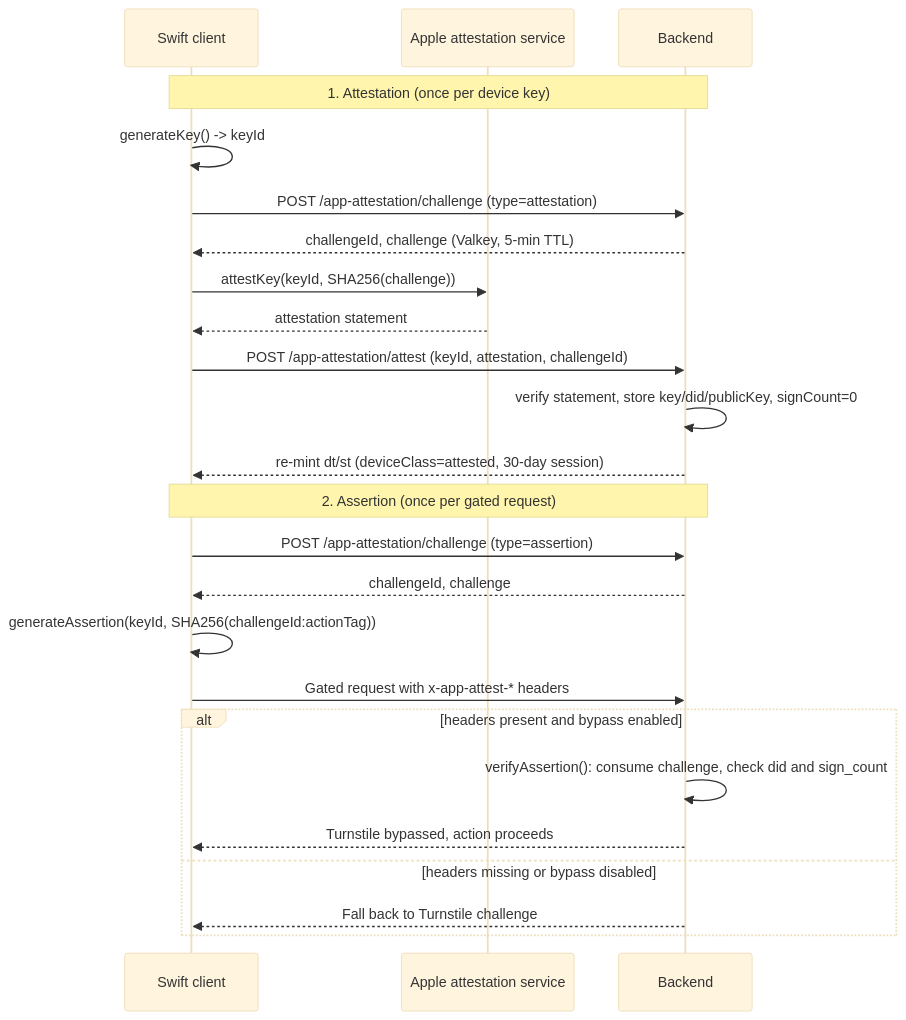
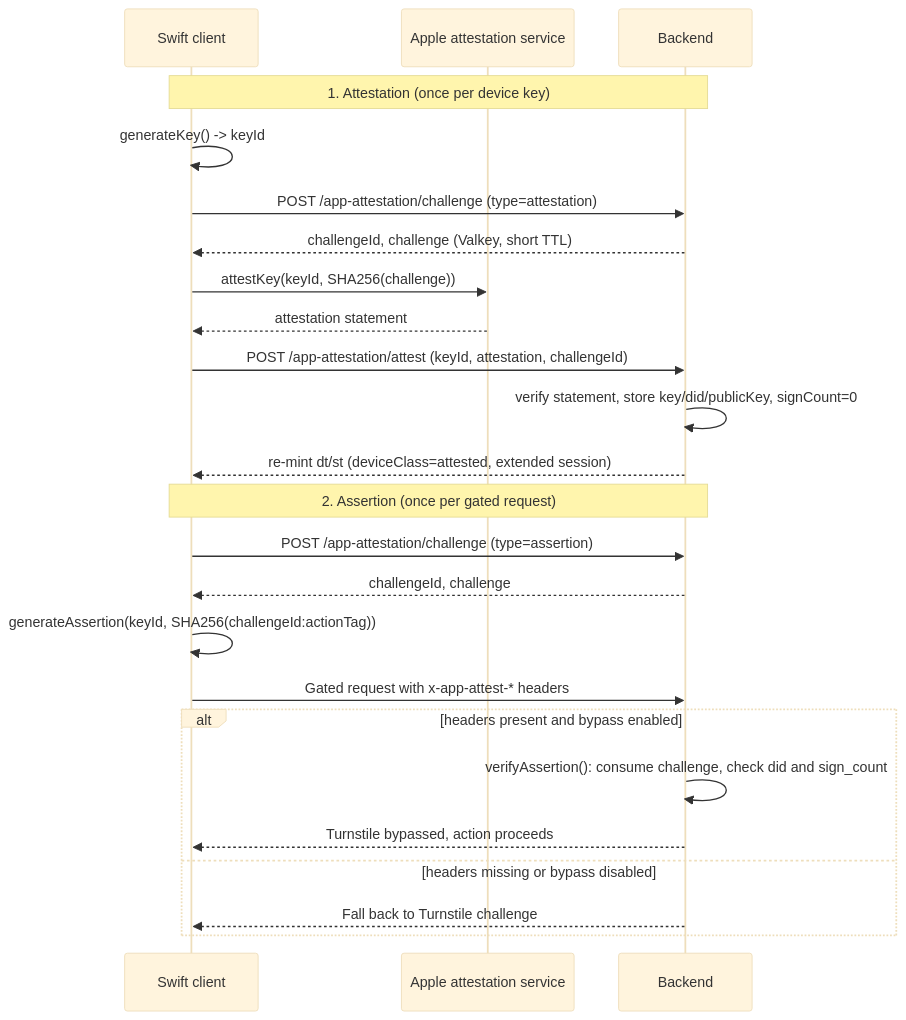
The diagram in docs/overview/architecture/reference-app-attestation-two-ceremonies.md (vouchington/vouchington), drawn with Mermaid (base theme) before and after one commit. The commit also changed other lines of this file and 1045 other files, not shown here.

First line of the commit message:
docs(overview): cut catalogs to why, impact and architecture maps

````diff
--- a/docs/overview/architecture/reference-app-attestation-two-ceremonies.md
+++ b/docs/overview/architecture/reference-app-attestation-two-ceremonies.md
@@ -11,28 +11,28 @@
 ```mermaid
 sequenceDiagram
   participant C as Swift client
   participant Ap as Apple attestation service
   participant B as Backend
 
   Note over C,B: 1. Attestation (once per device key)
   C->>C: generateKey() -> keyId
   C->>B: POST /app-attestation/challenge (type=attestation)
-  B-->>C: challengeId, challenge (Valkey, 5-min TTL)
+  B-->>C: challengeId, challenge (Valkey, short TTL)
   C->>Ap: attestKey(keyId, SHA256(challenge))
   Ap-->>C: attestation statement
   C->>B: POST /app-attestation/attest (keyId, attestation, challengeId)
   B->>B: verify statement, store key/did/publicKey, signCount=0
-  B-->>C: re-mint dt/st (deviceClass=attested, 30-day session)
+  B-->>C: re-mint dt/st (deviceClass=attested, extended session)
 
   Note over C,B: 2. Assertion (once per gated request)
   C->>B: POST /app-attestation/challenge (type=assertion)
   B-->>C: challengeId, challenge
   C->>C: generateAssertion(keyId, SHA256(challengeId:actionTag))
   C->>B: Gated request with x-app-attest-* headers
   alt headers present and bypass enabled
     B->>B: verifyAssertion(): consume challenge, check did and sign_count
     B-->>C: Turnstile bypassed, action proceeds
   else headers missing or bypass disabled
     B-->>C: Fall back to Turnstile challenge
   end
 ```
````
